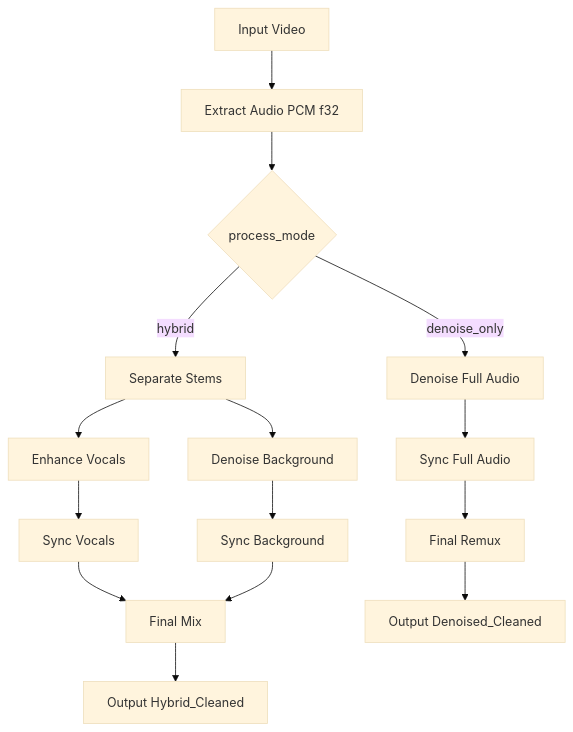
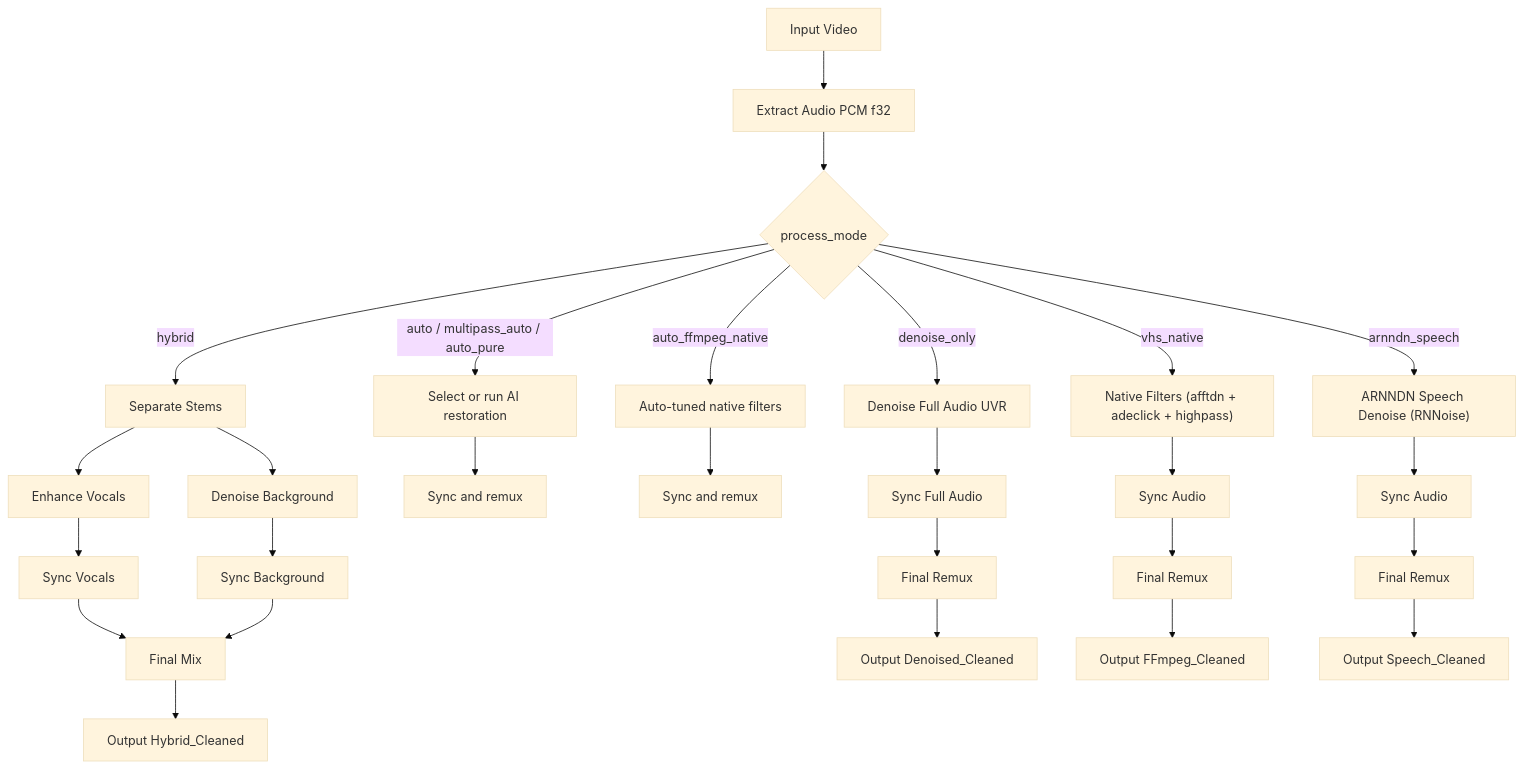
Before and after one commit to ventura8/AI-Hybrid-VHS-Audio-Restorer: the diagram in docs/pipeline_logic.md, drawn with Mermaid (base theme). The commit also changed other lines of this file and 82 other files, not shown here.

First line of the commit message:
release v1.1.0 with auto_pure restoration, analog pre-conditioning, and neural audio mastering

````diff
--- a/docs/pipeline_logic.md
+++ b/docs/pipeline_logic.md
@@ -39,19 +115,35 @@
 ```mermaid
 flowchart TD
     A[Input Video] --> B[Extract Audio PCM f32]
     B --> M{process_mode}
 
     M -->|hybrid| H1[Separate Stems]
     H1 --> H2[Enhance Vocals]
     H1 --> H3[Denoise Background]
     H2 --> H4[Sync Vocals]
     H3 --> H5[Sync Background]
     H4 --> H6[Final Mix]
     H5 --> H6
     H6 --> HO[Output Hybrid_Cleaned]
 
-    M -->|denoise_only| D1[Denoise Full Audio]
+    M -->|auto / multipass_auto / auto_pure| A1[Select or run AI restoration]
+    A1 --> A2[Sync and remux]
+
+    M -->|auto_ffmpeg_native| F1[Auto-tuned native filters]
+    F1 --> F2[Sync and remux]
+
+    M -->|denoise_only| D1[Denoise Full Audio UVR]
     D1 --> D2[Sync Full Audio]
     D2 --> D3[Final Remux]
     D3 --> DO[Output Denoised_Cleaned]
+
+    M -->|vhs_native| V1["Native Filters (afftdn + adeclick + highpass)"]
+    V1 --> V2[Sync Audio]
+    V2 --> V3[Final Remux]
+    V3 --> VO[Output FFmpeg_Cleaned]
+
+    M -->|arnndn_speech| S1["ARNNDN Speech Denoise (RNNoise)"]
+    S1 --> S2[Sync Audio]
+    S2 --> S3[Final Remux]
+    S3 --> SO[Output Speech_Cleaned]
 ```
````
